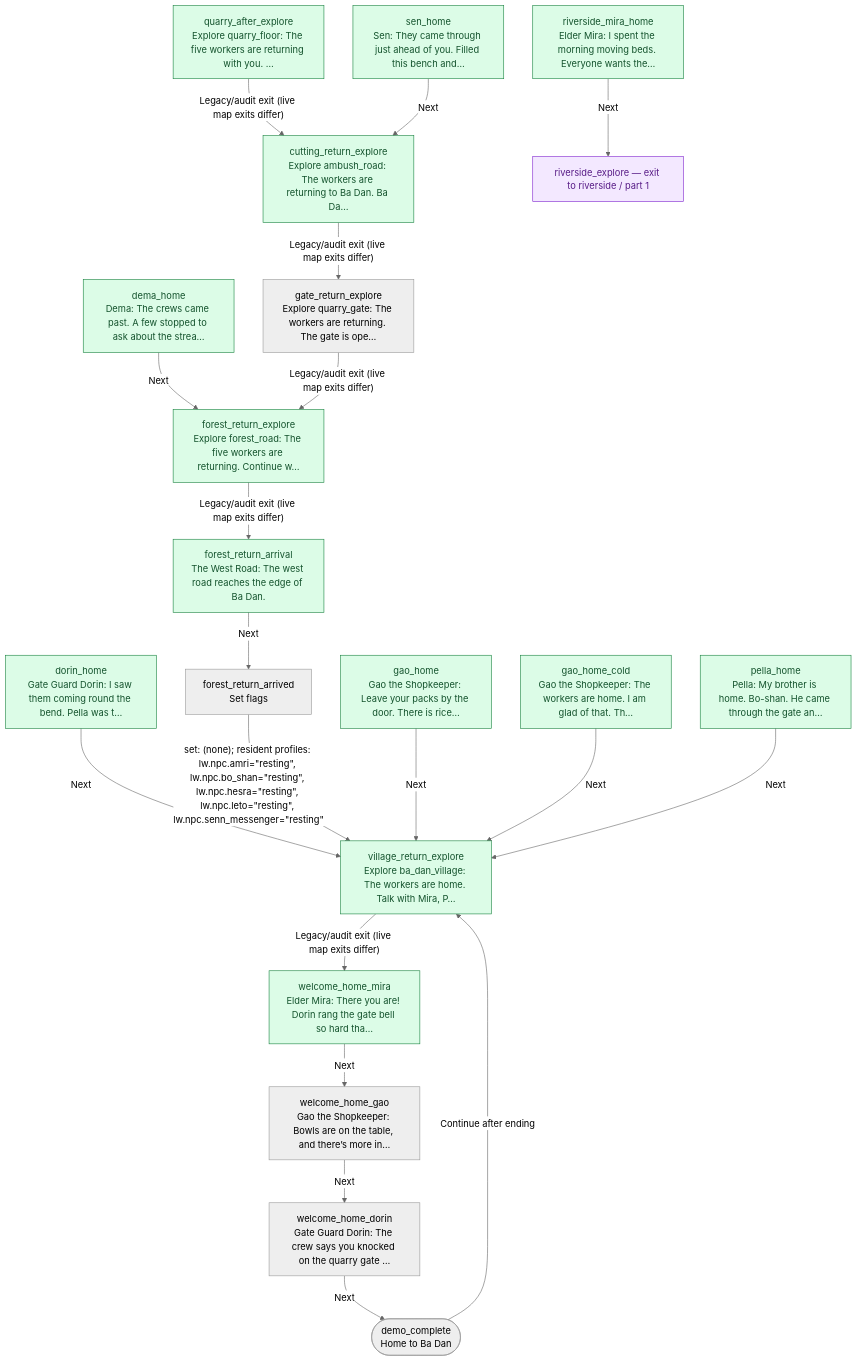
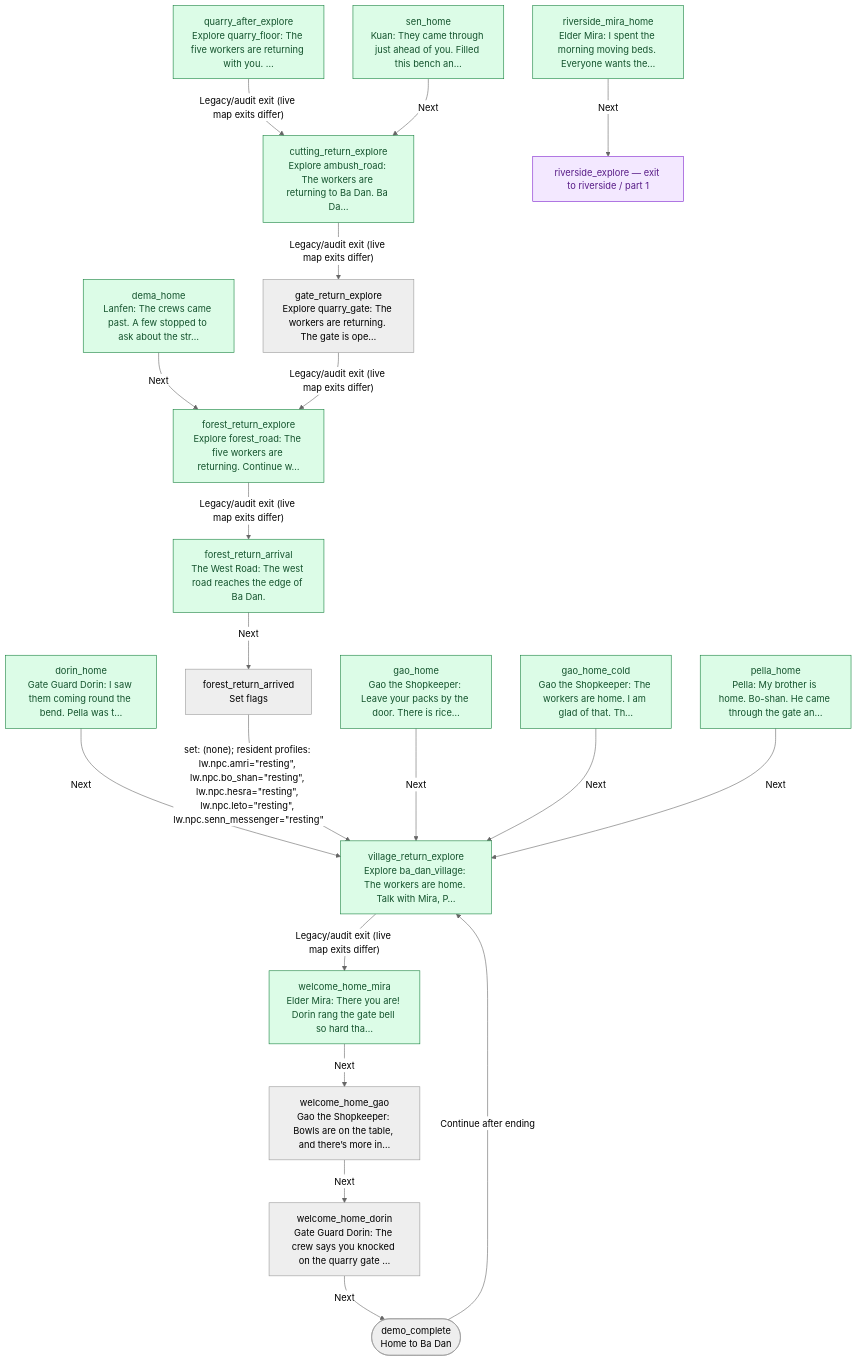
The diagram in docs/story/return.md (jaredbahr/Avatarrpg), drawn with Mermaid (neutral theme) before and after one commit. The commit also changed 2 other files, not shown here.

Commit message:
Regenerate the story graphs for the canon names
Claude-Session: https://claude.ai/code/session_01H8JDTPYztrZvUL5HBCK6eR

````diff
--- a/docs/story/return.md
+++ b/docs/story/return.md
@@ -21,43 +21,43 @@
 ```mermaid
 flowchart TD
   n14["cutting_return_explore<br/>Explore ambush_road: The workers are returning to Ba Dan. Ba Da…"]:::entry
-  n22["dema_home<br/>Dema: The crews came past. A few stopped to ask about the strea…"]:::entry
+  n22["dema_home<br/>Lanfen: The crews came past. A few stopped to ask about the str…"]:::entry
   n23(["demo_complete<br/>Home to Ba Dan"])
   n28["dorin_home<br/>Gate Guard Dorin: I saw them coming round the bend. Pella was t…"]:::entry
   n35["forest_return_arrival<br/>The West Road: The west road reaches the edge of Ba Dan."]:::entry
   n36["forest_return_arrived<br/>Set flags"]
   n37["forest_return_explore<br/>Explore forest_road: The five workers are returning. Continue w…"]:::entry
   n40["gao_home<br/>Gao the Shopkeeper: Leave your packs by the door. There is rice…"]:::entry
   n41["gao_home_cold<br/>Gao the Shopkeeper: The workers are home. I am glad of that. Th…"]:::entry
   n46["gate_return_explore<br/>Explore quarry_gate: The workers are returning. The gate is ope…"]
   n68["pella_home<br/>Pella: My brother is home. Bo-shan. He came through the gate an…"]:::entry
   n80["quarry_after_explore<br/>Explore quarry_floor: The five workers are returning with you. …"]:::entry
   n93["riverside_mira_home<br/>Elder Mira: I spent the morning moving beds. Everyone wants the…"]:::entry
-  n102["sen_home<br/>Sen: They came through just ahead of you. Filled this bench and…"]:::entry
+  n102["sen_home<br/>Kuan: They came through just ahead of you. Filled this bench an…"]:::entry
   n107["village_return_explore<br/>Explore ba_dan_village: The workers are home. Talk with Mira, P…"]:::entry
   n108["welcome_home_dorin<br/>Gate Guard Dorin: The crew says you knocked on the quarry gate …"]
   n109["welcome_home_gao<br/>Gao the Shopkeeper: Bowls are on the table, and there’s more in…"]
   n110["welcome_home_mira<br/>Elder Mira: There you are! Dorin rang the gate bell so hard tha…"]:::entry
   n90["riverside_explore — exit to riverside / part 1"]:::external
   n14 -->|"Legacy/audit exit (live map exits differ)"| n46
   n22 -->|"Next"| n37
   n23 -->|"Continue after ending"| n107
   n28 -->|"Next"| n107
   n35 -->|"Next"| n36
   n36 -->|"set: (none); resident profiles: lw.npc.amri=#quot;resting#quot;, lw.npc.bo_shan=#quot;resting#quot;, lw.npc.hesra=#quot;resting#quot;, lw.npc.leto=#quot;resting#quot;, lw.npc.senn_messenger=#quot;resting#quot;"| n107
   n37 -->|"Legacy/audit exit (live map exits differ)"| n35
   n40 -->|"Next"| n107
   n41 -->|"Next"| n107
   n46 -->|"Legacy/audit exit (live map exits differ)"| n37
   n68 -->|"Next"| n107
   n80 -->|"Legacy/audit exit (live map exits differ)"| n14
   n93 -->|"Next"| n90
   n102 -->|"Next"| n14
   n107 -->|"Legacy/audit exit (live map exits differ)"| n110
   n108 -->|"Next"| n23
   n109 -->|"Next"| n108
   n110 -->|"Next"| n109
   classDef entry fill:#dcfce7,stroke:#15803d,color:#14532d
   classDef external fill:#f3e8ff,stroke:#7e22ce,color:#581c87
   classDef continuation fill:#f8fafc,stroke:#475569,color:#0f172a,stroke-dasharray:5 5
 ```
````
